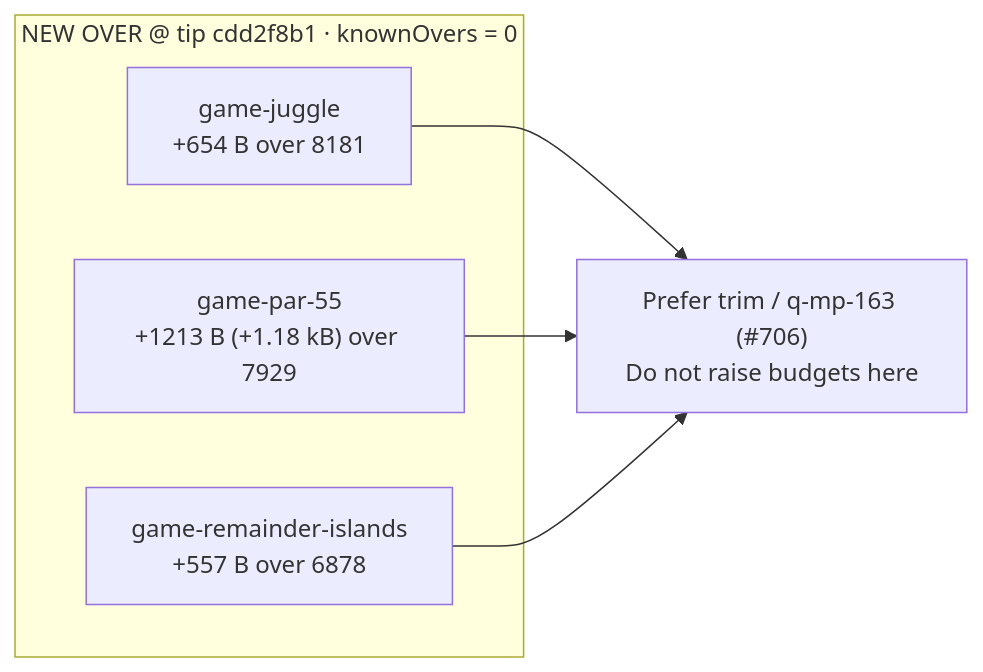
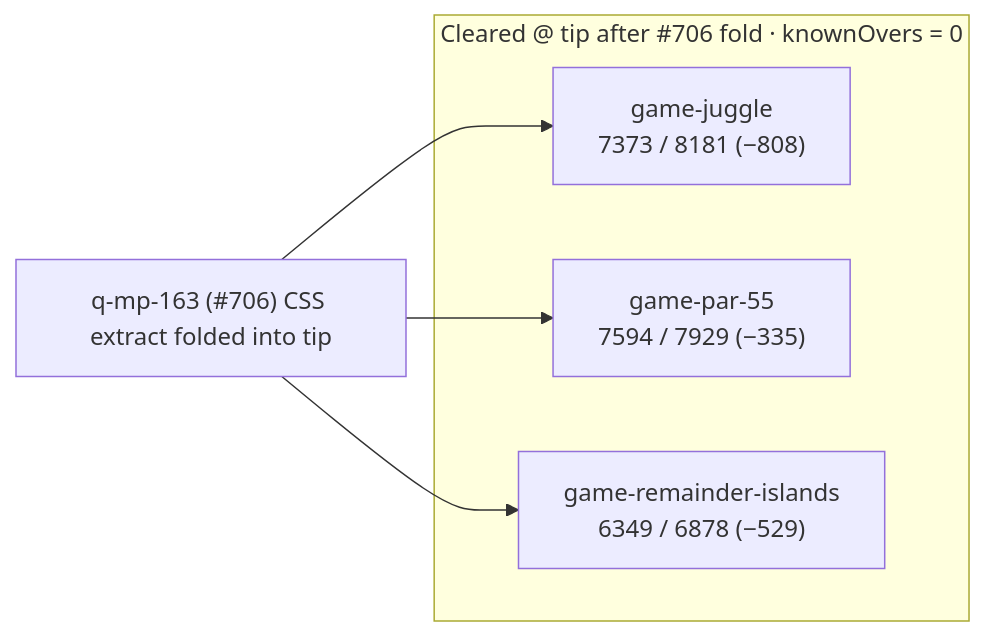
Before and after one commit to fuzzywigg/math-pentathlon: the second of 2 diagrams in docs/dev/bundle-over-2026-10-09.md, drawn with Mermaid. The commit also changed other lines of this file, not shown here.

First line of the commit message:
docs(q-mp-200): record cleared NEW OVER after q-mp-163 tip fold

````diff
--- a/docs/dev/bundle-over-2026-10-09.md
+++ b/docs/dev/bundle-over-2026-10-09.md
@@ -95,12 +88,12 @@
 ```mermaid
 flowchart LR
-  subgraph newOver ["NEW OVER @ tip cdd2f8b1 · knownOvers = 0"]
-    J["game-juggle<br/>+654 B over 8181"]
-    P["game-par-55<br/>+1213 B (+1.18 kB) over 7929"]
-    R["game-remainder-islands<br/>+557 B over 6878"]
+  subgraph cleared ["Cleared @ tip after #706 fold · knownOvers = 0"]
+    J["game-juggle<br/>7373 / 8181 (−808)"]
+    P["game-par-55<br/>7594 / 7929 (−335)"]
+    R["game-remainder-islands<br/>6349 / 6878 (−529)"]
   end
-  Trim["Prefer trim / q-mp-163 (#706)<br/>Do not raise budgets here"]
-  J --> Trim
-  P --> Trim
-  R --> Trim
+  Trim["q-mp-163 (#706) CSS extract folded into tip"]
+  Trim --> J
+  Trim --> P
+  Trim --> R
 ```
````
